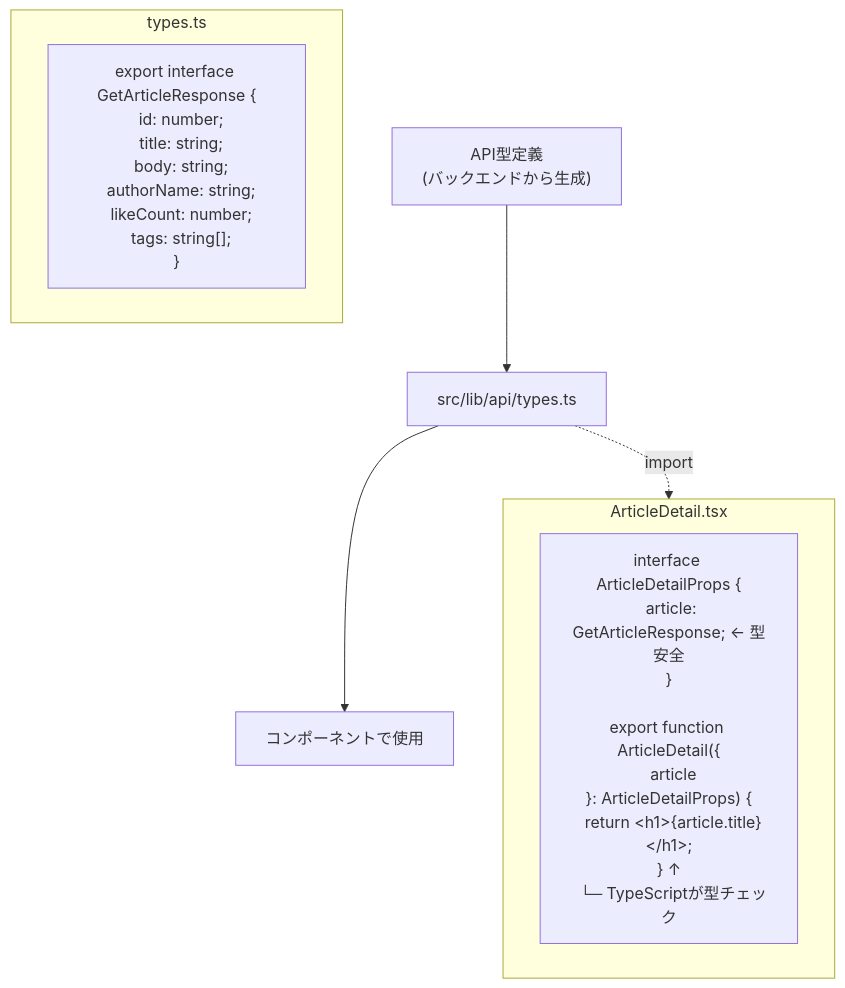
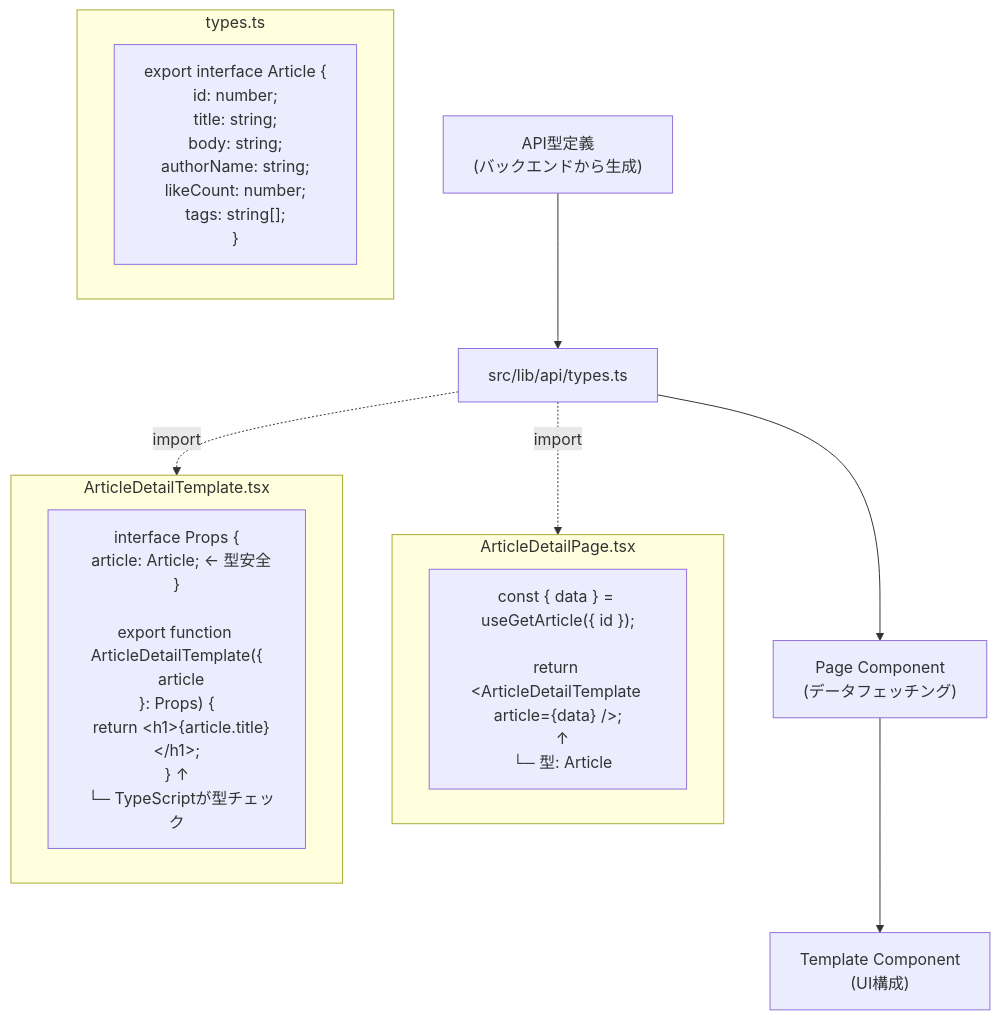
Before and after one commit to doguto/nari-note: the seventh of 7 diagrams in nari-note-frontend/docs/architecture-diagram.md, drawn with Mermaid. The commit also changed other lines of this file, not shown here.

Commit message:
Docs: architecture-diagram.mdを5層Atomic Design構造に更新

````diff
--- a/nari-note-frontend/docs/architecture-diagram.md
+++ b/nari-note-frontend/docs/architecture-diagram.md
@@ -388,19 +579,26 @@
 ```mermaid
 graph TB
     Backend["API型定義<br/>(バックエンドから生成)"]
     Types["src/lib/api/types.ts"]
-    Component["コンポーネントで使用"]
+    Page["Page Component<br/>(データフェッチング)"]
+    Template["Template Component<br/>(UI構成)"]
     
     Backend --> Types
-    Types --> Component
+    Types --> Page
+    Page --> Template
     
     subgraph TypesDef["types.ts"]
-        TypeCode["export interface GetArticleResponse {<br/>  id: number;<br/>  title: string;<br/>  body: string;<br/>  authorName: string;<br/>  likeCount: number;<br/>  tags: string[];<br/>}"]
+        TypeCode["export interface Article {<br/>  id: number;<br/>  title: string;<br/>  body: string;<br/>  authorName: string;<br/>  likeCount: number;<br/>  tags: string[];<br/>}"]
     end
     
-    subgraph ComponentDef["ArticleDetail.tsx"]
-        ComponentCode["interface ArticleDetailProps {<br/>  article: GetArticleResponse; ← 型安全<br/>}<br/><br/>export function ArticleDetail({<br/>  article<br/>}: ArticleDetailProps) {<br/>  return &lt;h1&gt;{article.title}&lt;/h1&gt;;<br/>} ↑<br/>  └─ TypeScriptが型チェック"]
+    subgraph PageDef["ArticleDetailPage.tsx"]
+        PageCode["const { data } = useGetArticle({ id });<br/><br/>return &lt;ArticleDetailTemplate article={data} /&gt;;<br/>  ↑<br/>  └─ 型: Article"]
     end
     
-    Types -.->|import| ComponentDef
+    subgraph TemplateDef["ArticleDetailTemplate.tsx"]
+        TemplateCode["interface Props {<br/>  article: Article; ← 型安全<br/>}<br/><br/>export function ArticleDetailTemplate({<br/>  article<br/>}: Props) {<br/>  return &lt;h1&gt;{article.title}&lt;/h1&gt;;<br/>} ↑<br/>  └─ TypeScriptが型チェック"]
+    end
+    
+    Types -.->|import| PageDef
+    Types -.->|import| TemplateDef
 ```
````
